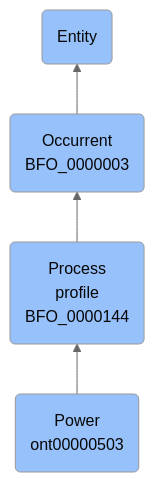
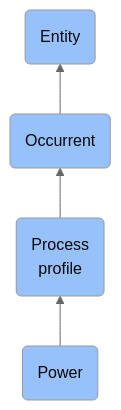
Before and after one commit to jupyter-naas/abi: the diagram in docs/ontology/reference/model/Entity/Occurrent/Process profile/Power/Power.md, drawn with Mermaid (neutral theme). The commit also changed other lines of this file and 1430 other files, not shown here.

````diff
--- a/docs/ontology/reference/model/Entity/Occurrent/Process profile/Power/Power.md
+++ b/docs/ontology/reference/model/Entity/Occurrent/Process profile/Power/Power.md
@@ -24,11 +24,11 @@
 ```mermaid
 graph BT
-    ont00000503(Power<br>ont00000503):::BFO-->BFO_0000144
-    BFO_0000144(Process<br>profile<br>BFO_0000144):::BFO-->BFO_0000003
-    BFO_0000003(Occurrent<br>BFO_0000003):::BFO-->BFO_0000001
+    ont00000503(Power):::BFO-->BFO_0000144
+    BFO_0000144(Process<br>profile):::BFO-->BFO_0000003
+    BFO_0000003(Occurrent):::BFO-->BFO_0000001
     BFO_0000001(Entity):::BFO
     
     classDef BFO fill:#97c1fb,color:#060606
     classDef CCO fill:#e4c51e,color:#060606
     classDef ABI fill:#48DD82,color:#060606
 ```
````
